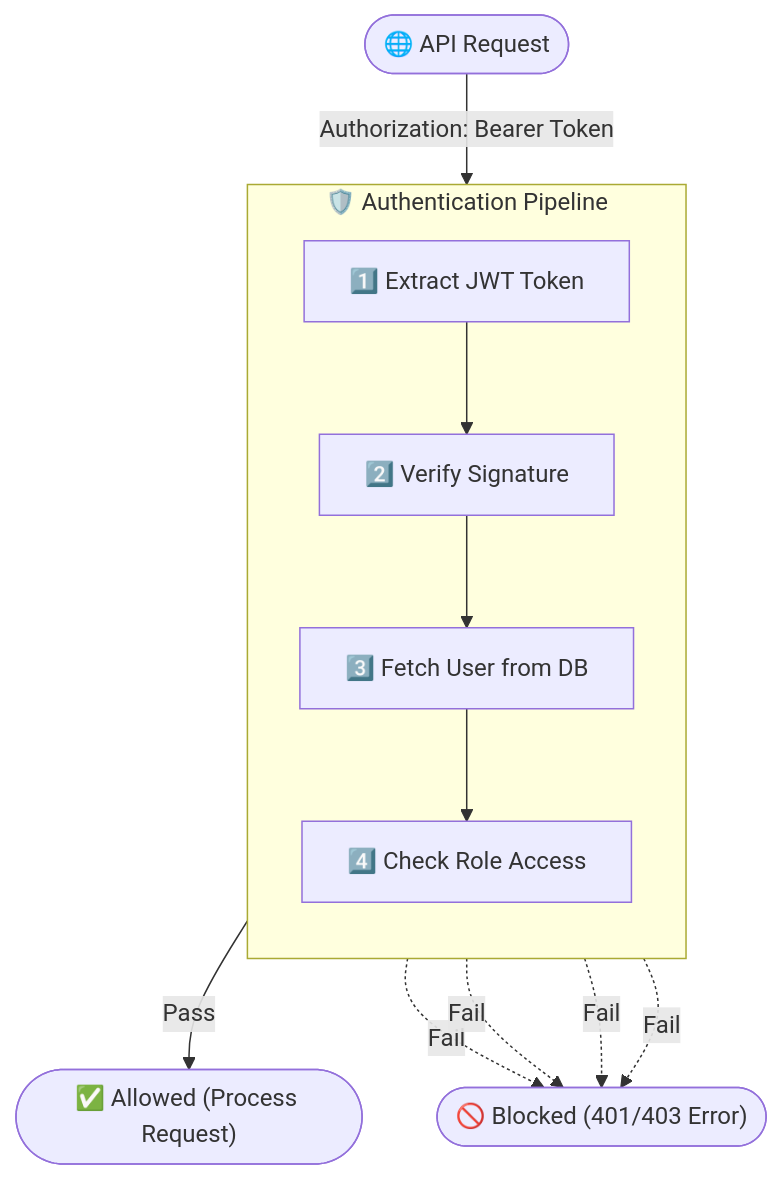
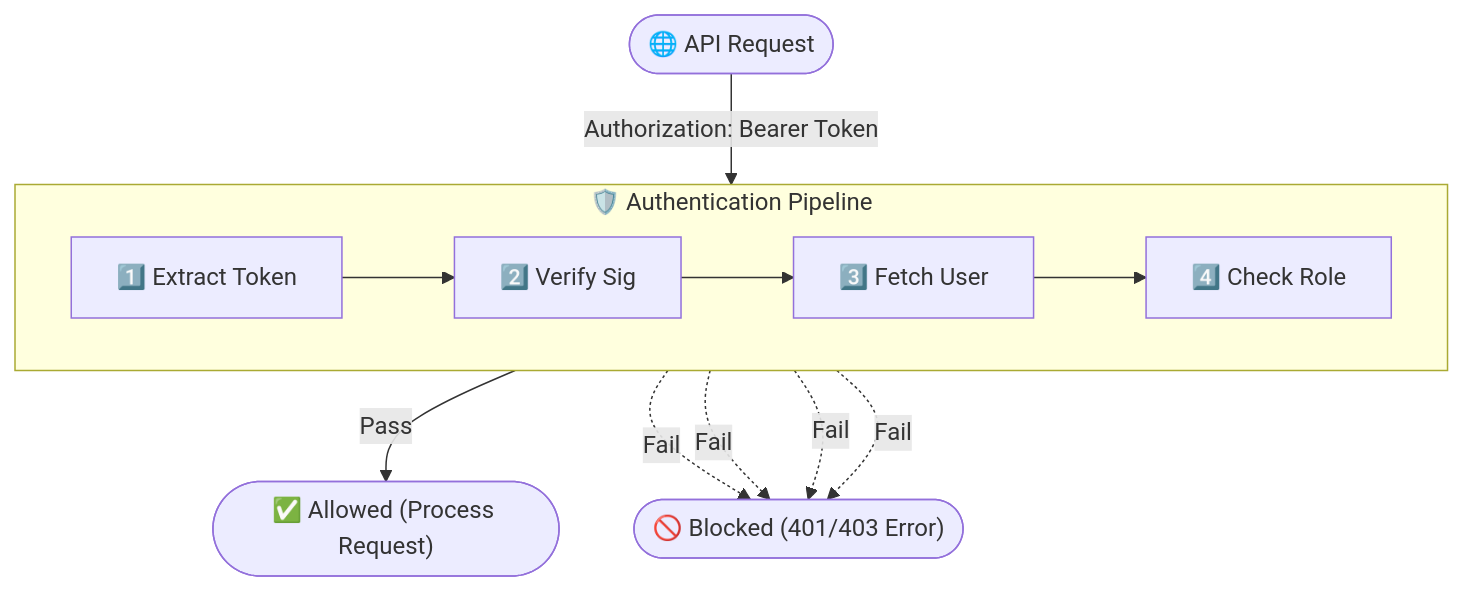
Before and after one commit to Himanshu-Singh11/Feedback-Collector: the second of 2 diagrams in README.md, drawn with Mermaid.

Commit message:
docs: Change inner direction to LR to widen subgraph and fix alignment illusion

````diff
--- a/README.md
+++ b/README.md
@@ -141,25 +141,25 @@
 ```mermaid
 flowchart TD
     Request(["🌐 API Request"])
     
     subgraph Middleware ["🛡️ Authentication Pipeline"]
-        direction TB
-        T["1️⃣ Extract JWT Token"]
-        V["2️⃣ Verify Signature"]
-        U["3️⃣ Fetch User from DB"]
-        R["4️⃣ Check Role Access"]
+        direction LR
+        T["1️⃣ Extract Token"]
+        V["2️⃣ Verify Sig"]
+        U["3️⃣ Fetch User"]
+        R["4️⃣ Check Role"]
         
         T --> V --> U --> R
     end
     
     Block(["🚫 Blocked (401/403 Error)"])
     Allow(["✅ Allowed (Process Request)"])
 
     Request -- "Authorization: Bearer Token" --> Middleware
     R -- "Pass" --> Allow
     
     T -. "Fail" .-> Block
     V -. "Fail" .-> Block
     U -. "Fail" .-> Block
     R -. "Fail" .-> Block
 ```
````
